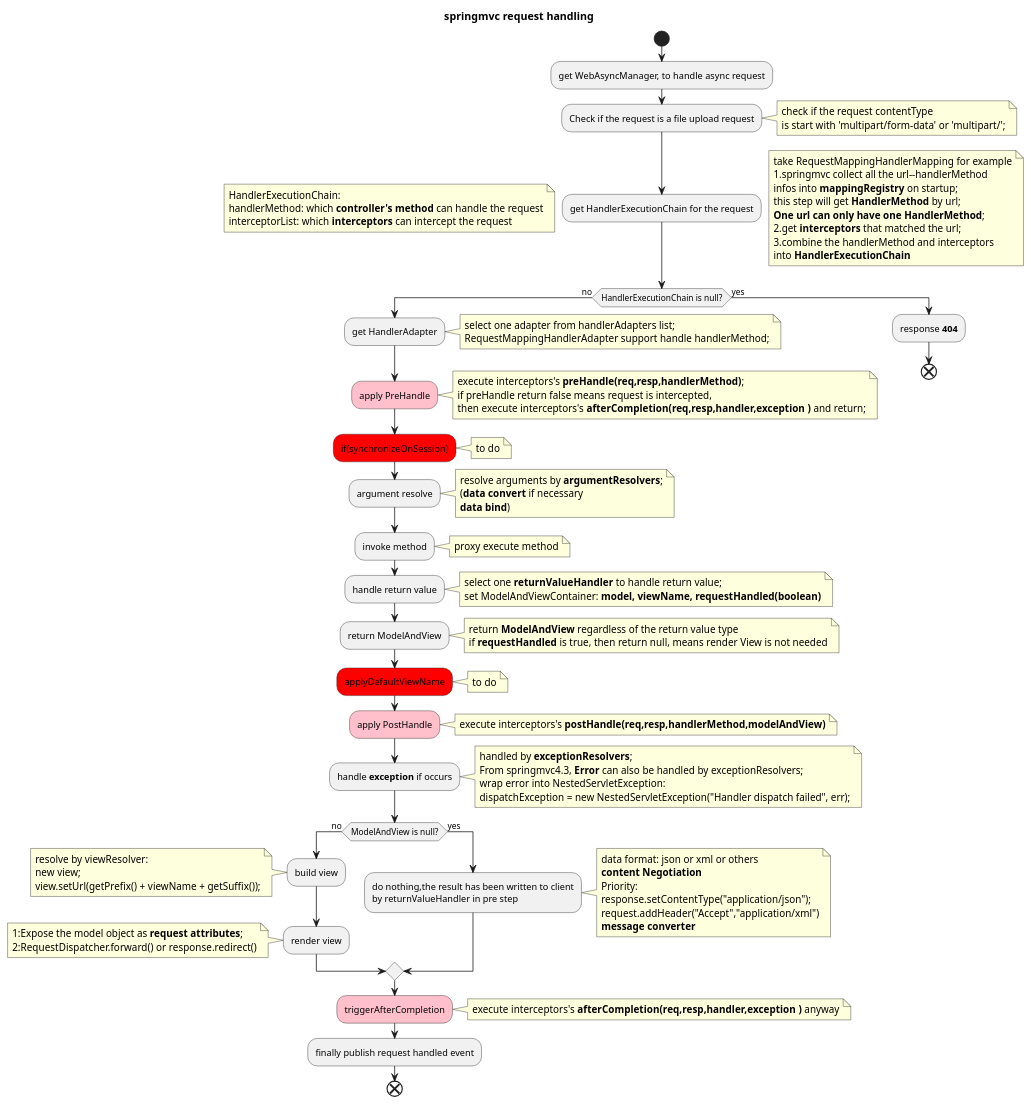
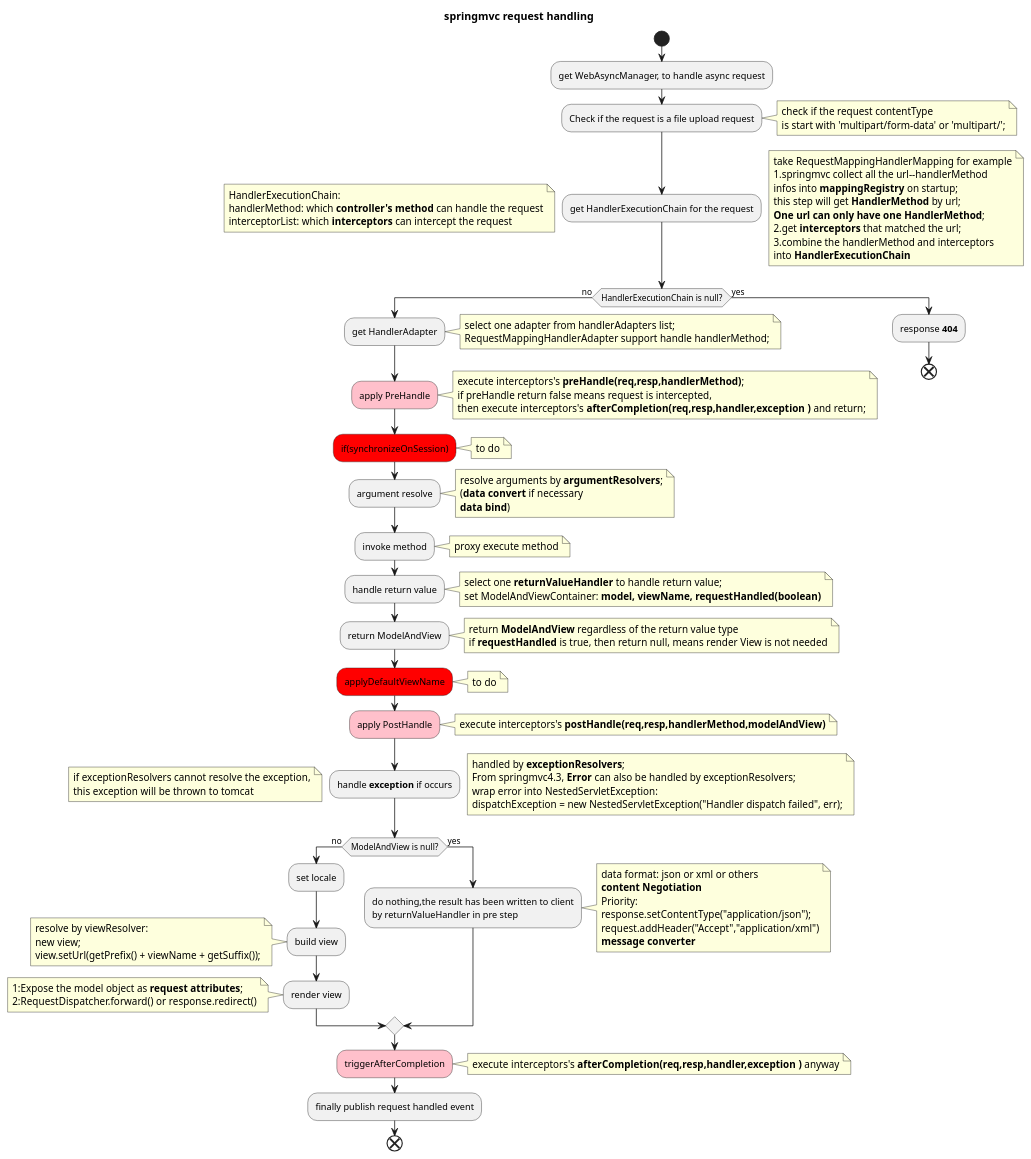
One commit to weimin1998/uml changed the diagram in spring/newmvc.puml. Above: the diagram before and after it, drawn with PlantUML.

Commit message:
new mvc update

```diff
--- a/spring/newmvc.puml
+++ b/spring/newmvc.puml
@@ -1,137 +1,143 @@
 @startuml
 'https://plantuml.com/sequence-diagram
 
 
 title springmvc request handling
 
 start
 
 :get WebAsyncManager, to handle async request;
 
 :Check if the request is a file upload request;
 note right
 check if the request contentType
 is start with 'multipart/form-data' or 'multipart/';
 endnote
 
 :get HandlerExecutionChain for the request;
 note left
 HandlerExecutionChain:
 handlerMethod: which **controller's method** can handle the request
 interceptorList: which **interceptors** can intercept the request
 endnote
 
 note right
 take RequestMappingHandlerMapping for example
 1.springmvc collect all the url--handlerMethod
 infos into **mappingRegistry** on startup;
 this step will get **HandlerMethod** by url;
 **One url can only have one HandlerMethod**;
 2.get **interceptors** that matched the url;
 3.combine the handlerMethod and interceptors
 into **HandlerExecutionChain**
 endnote
 
 if(HandlerExecutionChain is null?) then (no)
 'start
 :get HandlerAdapter;
 note right
 select one adapter from handlerAdapters list;
 RequestMappingHandlerAdapter support handle handlerMethod;
 endnote
 
 #pink:apply PreHandle;
 note right
 execute interceptors's **preHandle(req,resp,handlerMethod)**;
 if preHandle return false means request is intercepted,
 then execute interceptors's **afterCompletion(req,resp,handler,exception )** and return;
 endnote
 
 #red:if(synchronizeOnSession);
 note right:to do
 
 :argument resolve;
 note right
 resolve arguments by **argumentResolvers**;
 (**data convert** if necessary
 **data bind**)
 endnote
 
 :invoke method;
 note right:proxy execute method
 
 :handle return value;
 note right
 select one **returnValueHandler** to handle return value;
 set ModelAndViewContainer: **model, viewName, requestHandled(boolean)**
 endnote
 
 :return ModelAndView;
 note right
 return **ModelAndView** regardless of the return value type
 if **requestHandled** is true, then return null, means render View is not needed
 endnote
 
 #red:applyDefaultViewName;
 note right:to do
 
 
 #pink:apply PostHandle;
 note right
 execute interceptors's **postHandle(req,resp,handlerMethod,modelAndView)**
 endnote
 
 :handle **exception** if occurs;
 note right
 handled by **exceptionResolvers**;
 From springmvc4.3, **Error** can also be handled by exceptionResolvers;
 wrap error into NestedServletException:
 dispatchException = new NestedServletException("Handler dispatch failed", err);
 endnote
+note left
+if exceptionResolvers cannot resolve the exception,
+this exception will be thrown to tomcat
+endnote
 
 if(ModelAndView is null?) then (no)
+
+:set locale;
 
 :build view;
 note left
 resolve by viewResolver:
 new view;
 view.setUrl(getPrefix() + viewName + getSuffix());
 endnote
 
 :render view;
 note left
 1:Expose the model object as **request attributes**;
 2:RequestDispatcher.forward() or response.redirect()
 endnote
 
 else(yes)
 
 
 :do nothing,the result has been written to client
 by returnValueHandler in pre step;
 note right
 data format: json or xml or others
 **content Negotiation**
 Priority:
 response.setContentType("application/json");
 request.addHeader("Accept","application/xml")
 **message converter**
 endnote
 
 endif
 
 #pink:triggerAfterCompletion;
 note right
 execute interceptors's **afterCompletion(req,resp,handler,exception )** anyway
 endnote
 
 
 :finally publish request handled event;
 
 'end
 end
 else(yes)
 :response **404**;
 
 end
 @enduml
```
